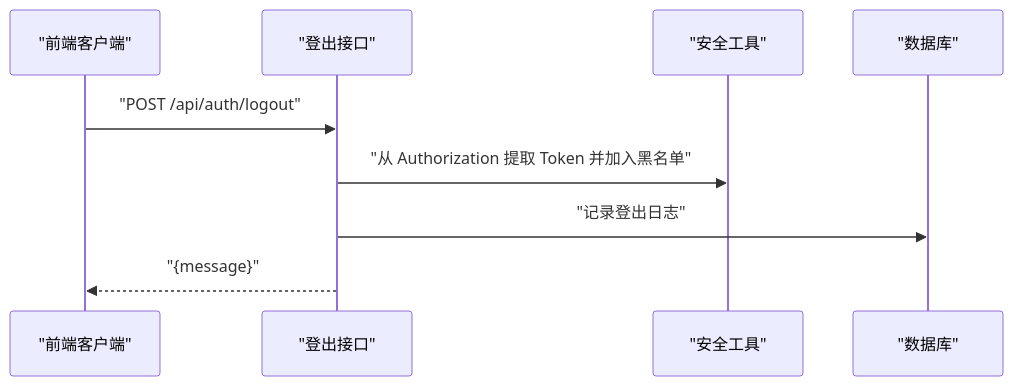
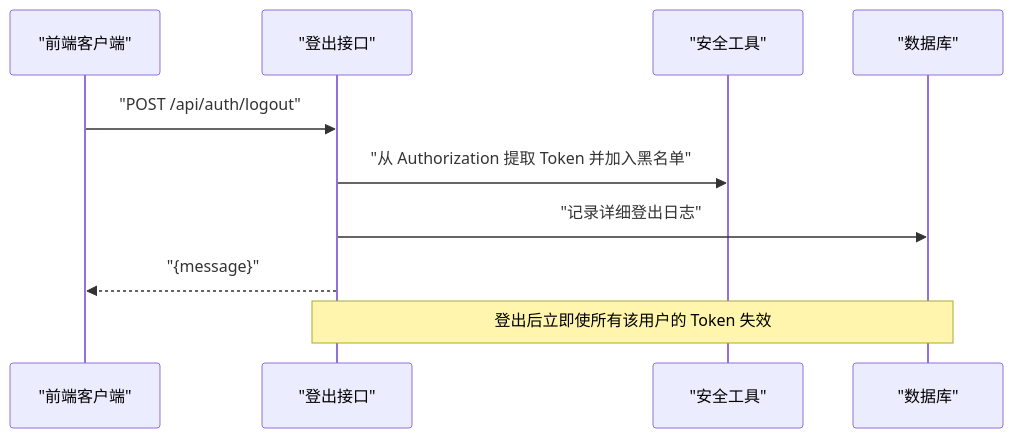
Before and after one commit to gujialind/InvestRing: the fifth of 9 diagrams in .qoder/repowiki/zh/content/认证与安全/用户认证机制.md, drawn with Mermaid. The commit also changed other lines of this file and 32 other files, not shown here.

````diff
--- a/.qoder/repowiki/zh/content/认证与安全/用户认证机制.md
+++ b/.qoder/repowiki/zh/content/认证与安全/用户认证机制.md
@@ -213,11 +229,12 @@
 ```mermaid
 sequenceDiagram
 participant FE as "前端客户端"
 participant API as "登出接口"
 participant Sec as "安全工具"
 participant DB as "数据库"
 FE->>API : "POST /api/auth/logout"
 API->>Sec : "从 Authorization 提取 Token 并加入黑名单"
-API->>DB : "记录登出日志"
+API->>DB : "记录详细登出日志"
 API-->>FE : "{message}"
+Note over API,DB : 登出后立即使所有该用户的 Token 失效
 ```
````
